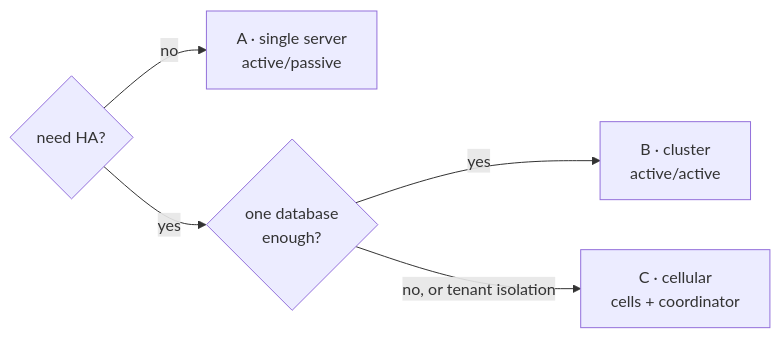
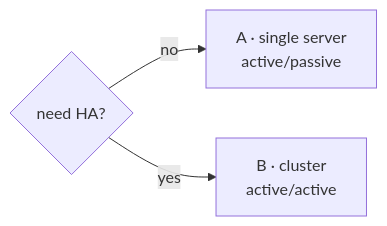
The diagram in content/deployment.md (hadielmougy/wiggle-site), drawn with Mermaid before and after one commit. The commit also changed other lines of this file and 16 other files, not shown here.

````diff
--- a/content/deployment.md
+++ b/content/deployment.md
@@ -20,7 +19,5 @@
 ```mermaid
 flowchart LR
   Q1{"need HA?"} -->|no| A["A · single server<br/>active/passive"]
-  Q1 -->|yes| Q2{"one database<br/>enough?"}
-  Q2 -->|yes| B["B · cluster<br/>active/active"]
-  Q2 -->|no, or tenant isolation| C["C · cellular<br/>cells + coordinator"]
+  Q1 -->|yes| B["B · cluster<br/>active/active"]
 ```
````
